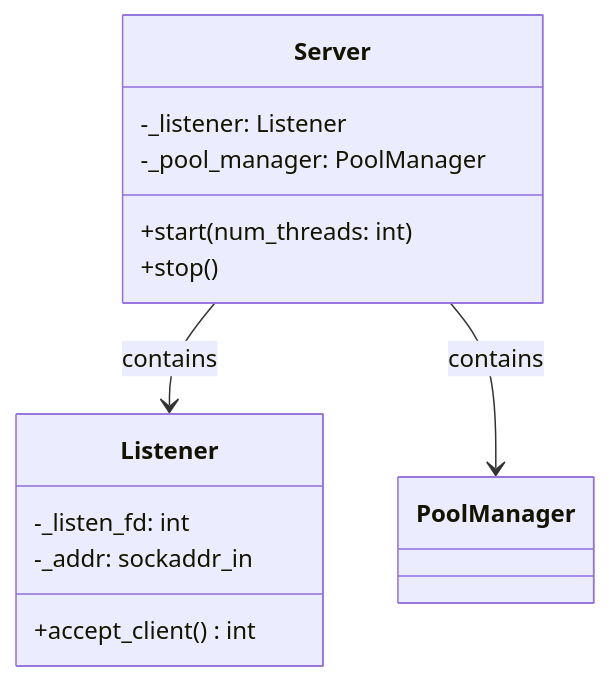
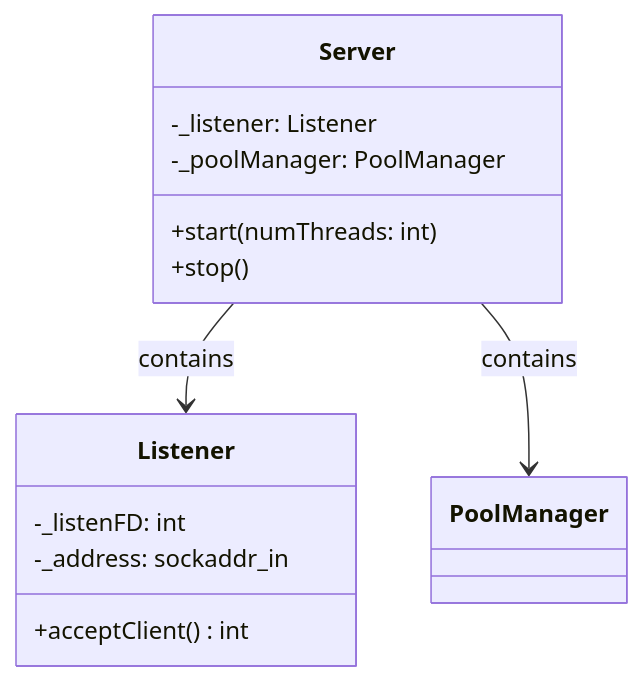
The second of 10 diagrams in ARCHITECTURE.md (etib-corp/fion), drawn with Mermaid before and after one commit. The commit also changed other lines of this file and 45 other files, not shown here.

Commit message:
Feat: Implement new architecture

````diff
--- a/ARCHITECTURE.md
+++ b/ARCHITECTURE.md
@@ -44,18 +44,18 @@
 ```mermaid
 classDiagram
     class Server {
         -_listener: Listener
-        -_pool_manager: PoolManager
-        +start(num_threads: int)
+        -_poolManager: PoolManager
+        +start(numThreads: int)
         +stop()
     }
 
     class Listener {
-        -_listen_fd: int
-        -_addr: sockaddr_in
-        +accept_client() int
+        -_listenFD: int
+        -_address: sockaddr_in
+        +acceptClient() int
     }
 
     Server --> Listener : contains
     Server --> PoolManager : contains
 ```
````
